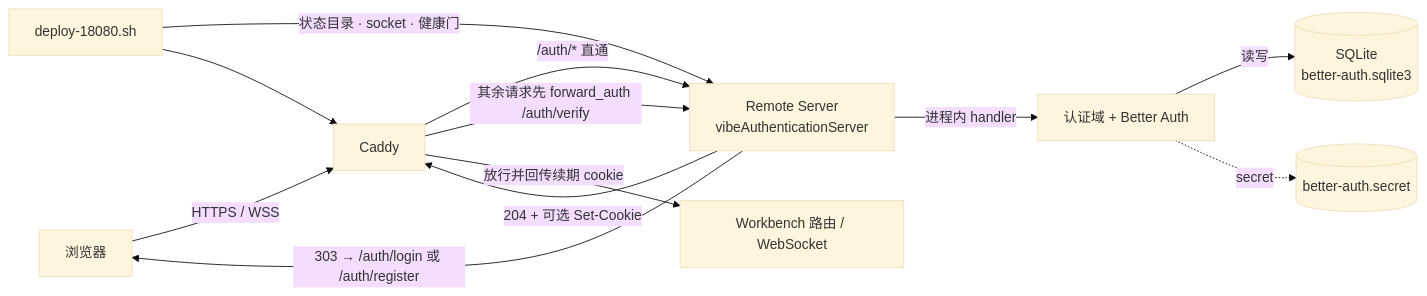
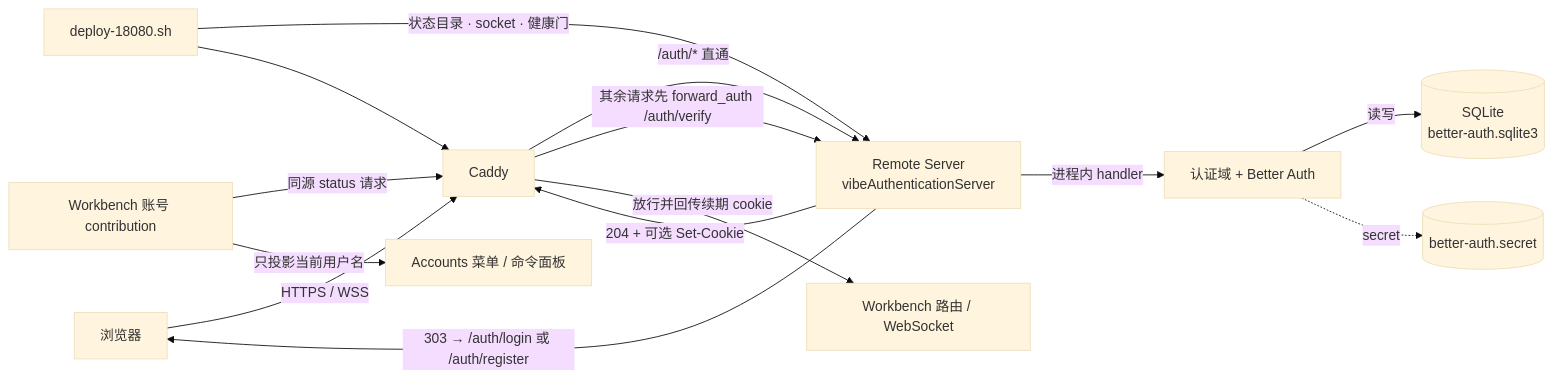
The second of 12 diagrams in vibe_vscode_doc/design/login_authentication.md (ActivePeter/vibe-vscode), drawn with Mermaid (base theme) before and after one commit. The commit also changed other lines of this file and 18 other files, not shown here.

````diff
--- a/vibe_vscode_doc/design/login_authentication.md
+++ b/vibe_vscode_doc/design/login_authentication.md
@@ -65,14 +67,16 @@
 ```mermaid
 flowchart LR
   B[浏览器] -->|HTTPS / WSS| C[Caddy]
   C -->|/auth/* 直通| R[Remote Server<br/>vibeAuthenticationServer]
   C -->|其余请求先 forward_auth /auth/verify| R
   R -->|204 + 可选 Set-Cookie| C
   C -->|放行并回传续期 cookie| W[Workbench 路由 / WebSocket]
   R -->|303 → /auth/login 或 /auth/register| B
   R -->|进程内 handler| A[认证域 + Better Auth]
   A -->|读写| D[(SQLite<br/>better-auth.sqlite3)]
   A -.->|secret| S[(better-auth.secret)]
   E[deploy-18080.sh] -->|状态目录 · socket · 健康门| R
   E --> C
+  F[Workbench 账号 contribution] -->|同源 status 请求| C
+  F -->|只投影当前用户名| M[Accounts 菜单 / 命令面板]
 ```
````
